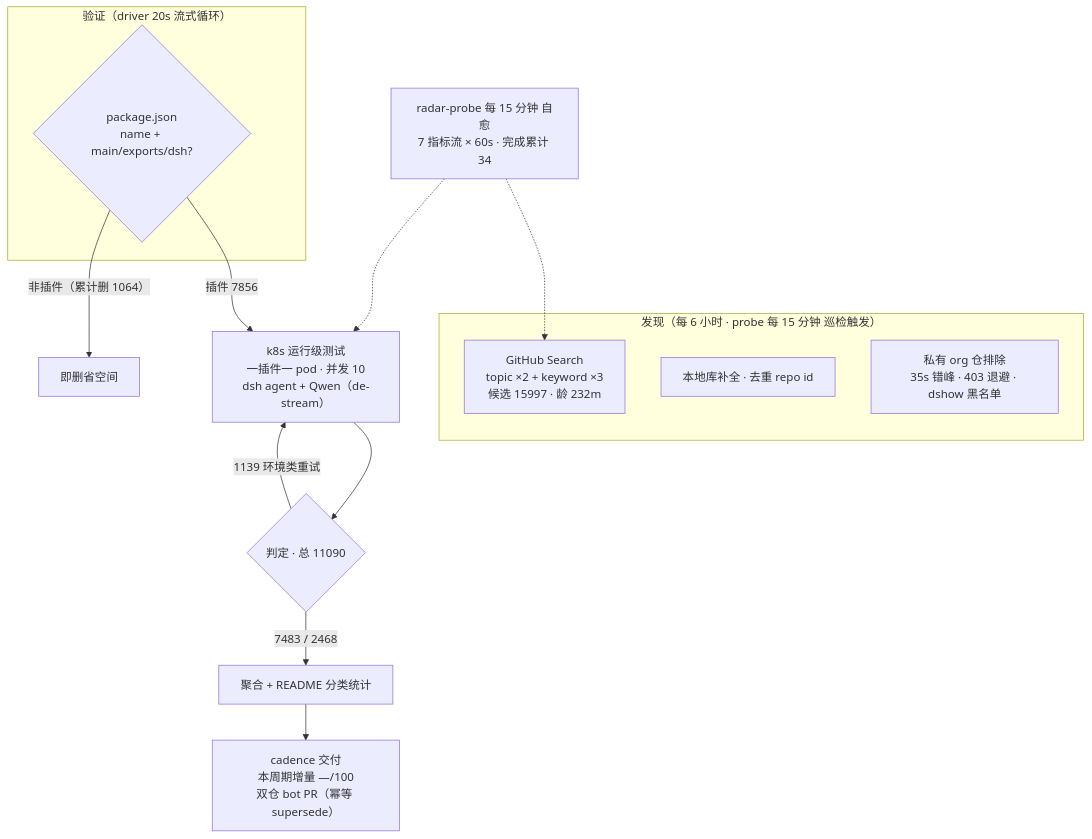
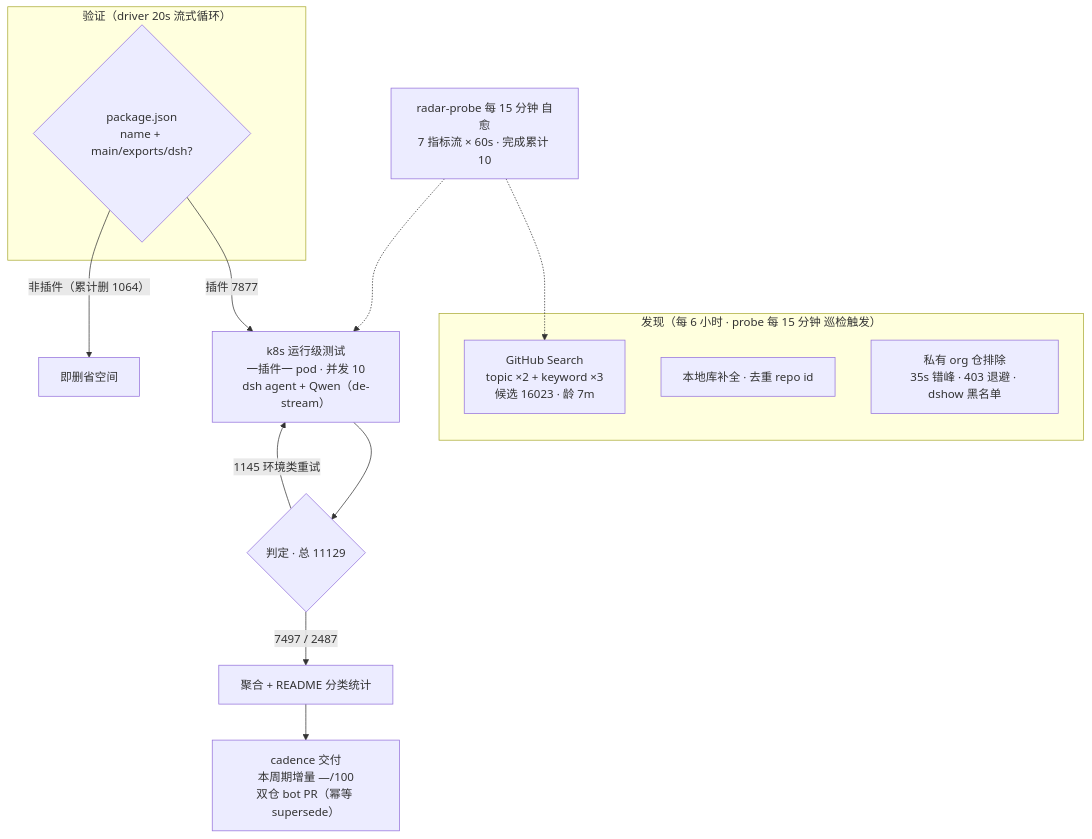
The diagram in README.md (Zhidao-Lab-OSS/awesome-dsh-plugins), drawn with Mermaid before and after one commit. The commit also changed other lines of this file and 1 other file, not shown here.

````diff
--- a/README.md
+++ b/README.md
@@ -37,20 +37,20 @@
 ```mermaid
 flowchart TB
     subgraph Discovery["发现（每 6 小时 · probe 每 15 分钟 巡检触发）"]
-        A1["GitHub Search<br/>topic ×2 + keyword ×3<br/>候选 15997 · 龄 232m"]
+        A1["GitHub Search<br/>topic ×2 + keyword ×3<br/>候选 16023 · 龄 7m"]
         A2["本地库补全 · 去重 repo id"]
         A3["私有 org 仓排除<br/>35s 错峰 · 403 退避 · dshow 黑名单"]
     end
     subgraph Validation["验证（driver 20s 流式循环）"]
         B1{"package.json<br/>name + main/exports/dsh?"}
     end
-    B1 -->|"插件 7856"| C1["k8s 运行级测试<br/>一插件一 pod · 并发 10<br/>dsh agent + Qwen（de-stream）"]
+    B1 -->|"插件 7877"| C1["k8s 运行级测试<br/>一插件一 pod · 并发 10<br/>dsh agent + Qwen（de-stream）"]
     B1 -->|"非插件（累计删 1064）"| B3["即删省空间"]
-    C1 --> D1{"判定 · 总 11090"}
-    D1 -->|"7483 / 2468"| E1["聚合 + README 分类统计"]
-    D1 -->|"1139 环境类重试"| C1
+    C1 --> D1{"判定 · 总 11129"}
+    D1 -->|"7497 / 2487"| E1["聚合 + README 分类统计"]
+    D1 -->|"1145 环境类重试"| C1
     E1 --> E2["cadence 交付<br/>本周期增量 —/100<br/>双仓 bot PR（幂等 supersede）"]
-    M["radar-probe 每 15 分钟 自愈<br/>7 指标流 × 60s · 完成累计 34"]
+    M["radar-probe 每 15 分钟 自愈<br/>7 指标流 × 60s · 完成累计 10"]
     M -.-> A1
     M -.-> C1
 ```
````
